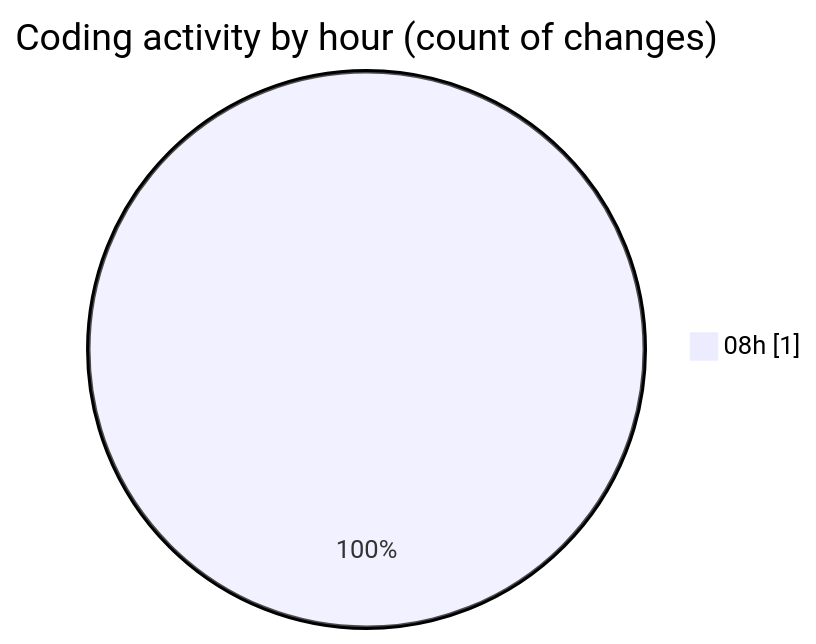
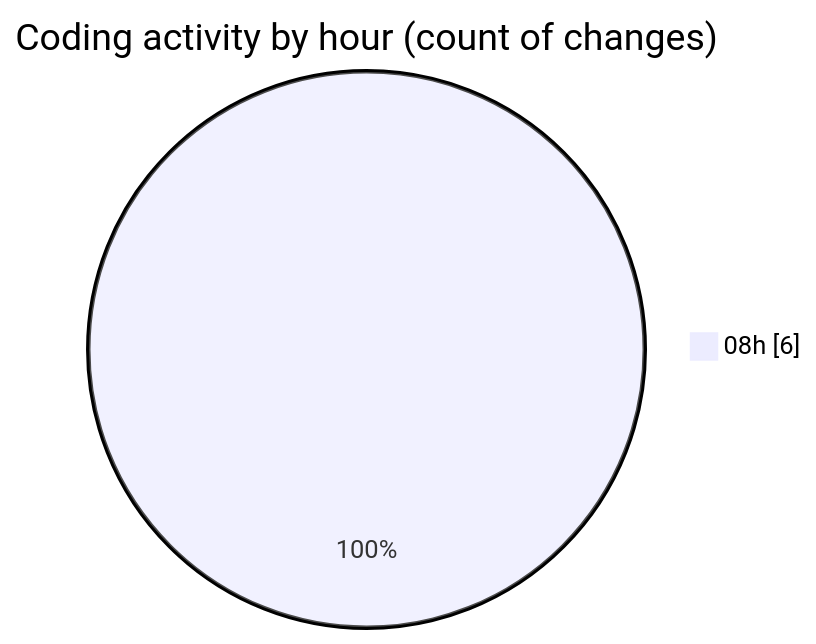
Before and after one commit to ahmedfadelnemo-del/code-tracking: the second of 2 diagrams in 2026-02-08/new_folder__4_/README.md, drawn with Mermaid. The commit also changed other lines of this file and 1 other file, not shown here.

````diff
--- a/2026-02-08/new_folder__4_/README.md
+++ b/2026-02-08/new_folder__4_/README.md
@@ -28,5 +30,5 @@
 ```mermaid
 pie showData
 title Coding activity by hour (count of changes)
-"08h" : 1
+"08h" : 6
 ```
````
